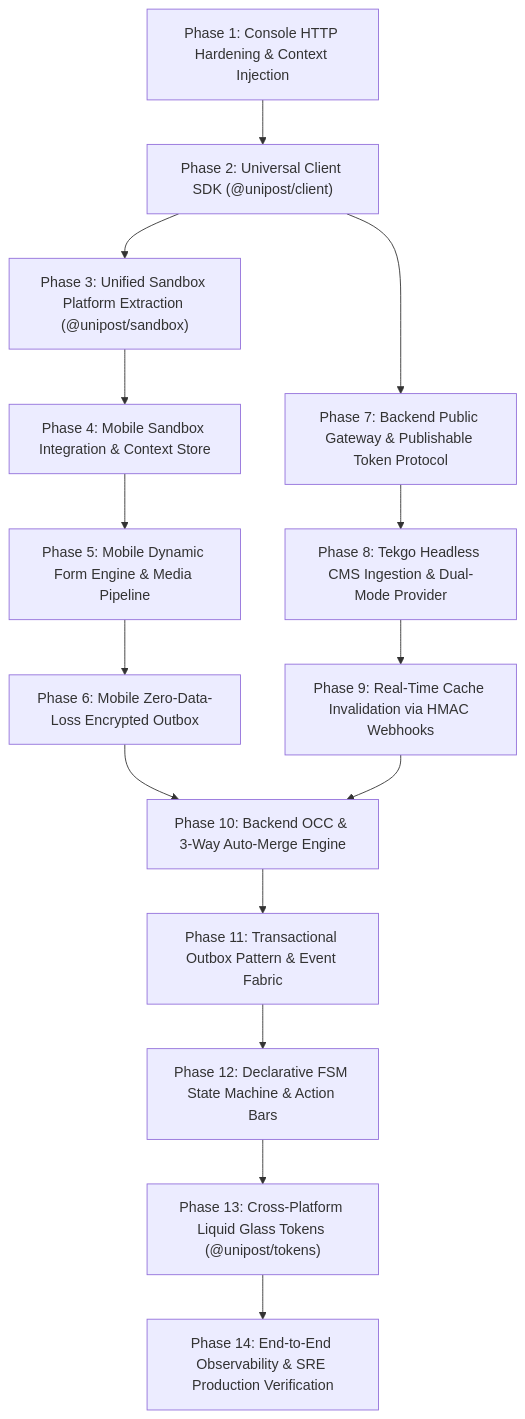
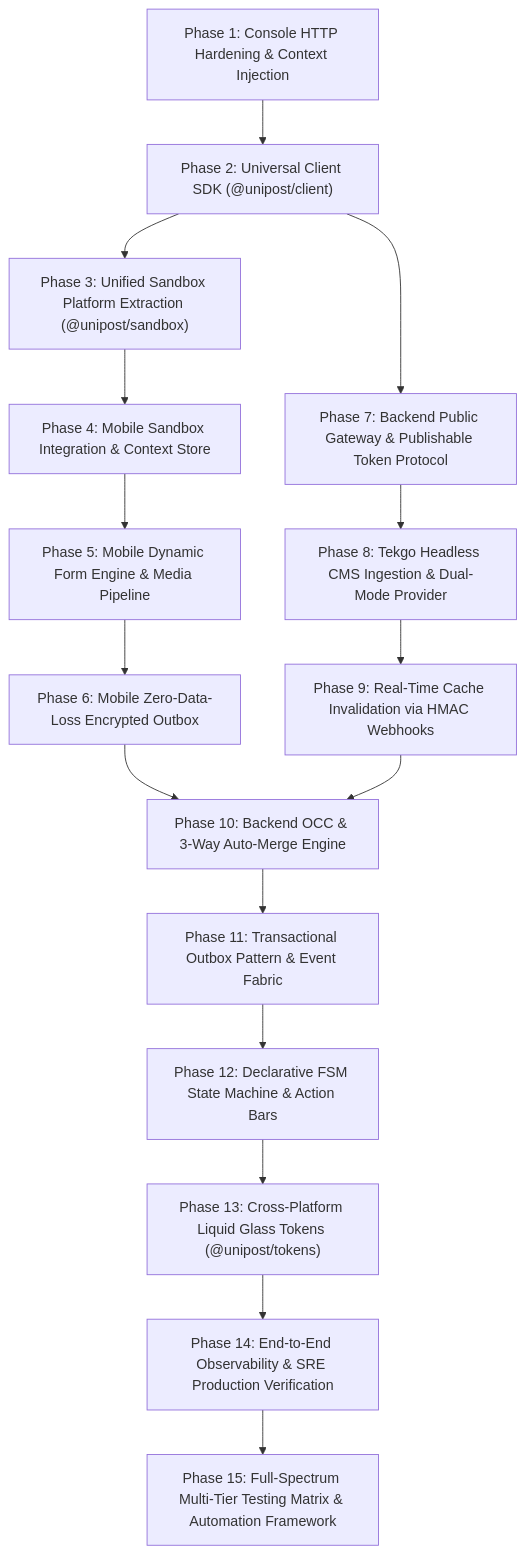
The sixth of 9 diagrams in docs/brainstorming/multi_tier_monorepo_alignment_blueprint.md (tamanle23/project0), drawn with Mermaid before and after one commit. The commit also changed other lines of this file and 1 other file, not shown here.

````diff
--- a/docs/brainstorming/multi_tier_monorepo_alignment_blueprint.md
+++ b/docs/brainstorming/multi_tier_monorepo_alignment_blueprint.md
@@ -406,19 +406,20 @@
 ```mermaid
 graph TD
     P1["Phase 1: Console HTTP Hardening & Context Injection"] --> P2["Phase 2: Universal Client SDK (@unipost/client)"]
     P2 --> P3["Phase 3: Unified Sandbox Platform Extraction (@unipost/sandbox)"]
     P3 --> P4["Phase 4: Mobile Sandbox Integration & Context Store"]
     P4 --> P5["Phase 5: Mobile Dynamic Form Engine & Media Pipeline"]
     P5 --> P6["Phase 6: Mobile Zero-Data-Loss Encrypted Outbox"]
     
     P2 --> P7["Phase 7: Backend Public Gateway & Publishable Token Protocol"]
     P7 --> P8["Phase 8: Tekgo Headless CMS Ingestion & Dual-Mode Provider"]
     P8 --> P9["Phase 9: Real-Time Cache Invalidation via HMAC Webhooks"]
     
     P6 --> P10["Phase 10: Backend OCC & 3-Way Auto-Merge Engine"]
     P9 --> P10
     P10 --> P11["Phase 11: Transactional Outbox Pattern & Event Fabric"]
     P11 --> P12["Phase 12: Declarative FSM State Machine & Action Bars"]
     P12 --> P13["Phase 13: Cross-Platform Liquid Glass Tokens (@unipost/tokens)"]
     P13 --> P14["Phase 14: End-to-End Observability & SRE Production Verification"]
+    P14 --> P15["Phase 15: Full-Spectrum Multi-Tier Testing Matrix & Automation Framework"]
 ```
````
